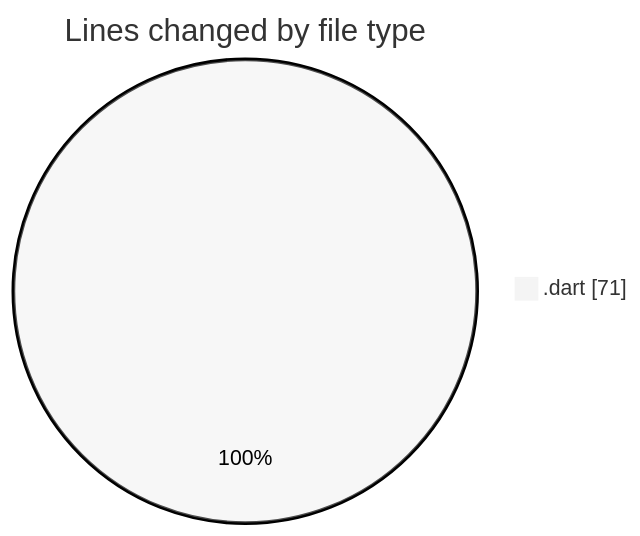
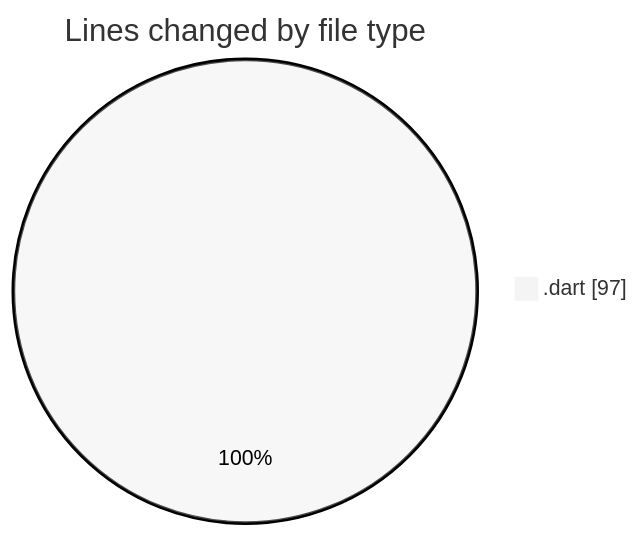
One commit to donsfak/code-tracking changed the first of 2 diagrams in 2025-03-25/wordle/README.md. Above: the diagram before and after it, drawn with Mermaid (neutral theme). The commit also changed other lines of this file and 1 other file, not shown here.

````diff
--- a/2025-03-25/wordle/README.md
+++ b/2025-03-25/wordle/README.md
@@ -21,5 +22,5 @@
 ```mermaid
 pie showData
 title Lines changed by file type
-".dart" : 71
+".dart" : 97
 ```
````
